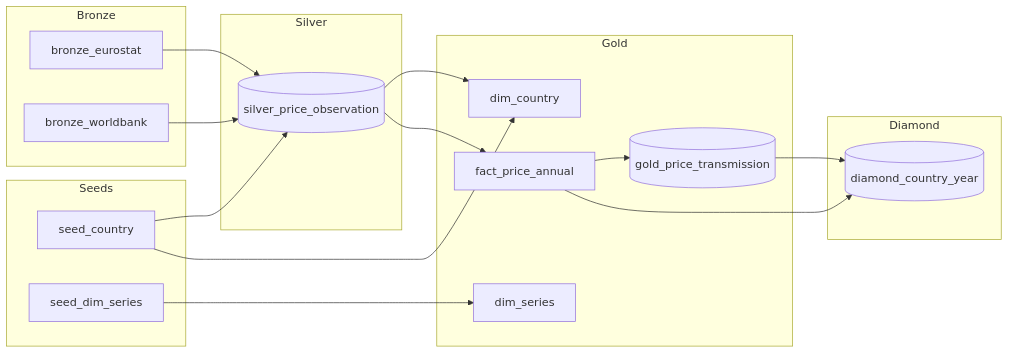
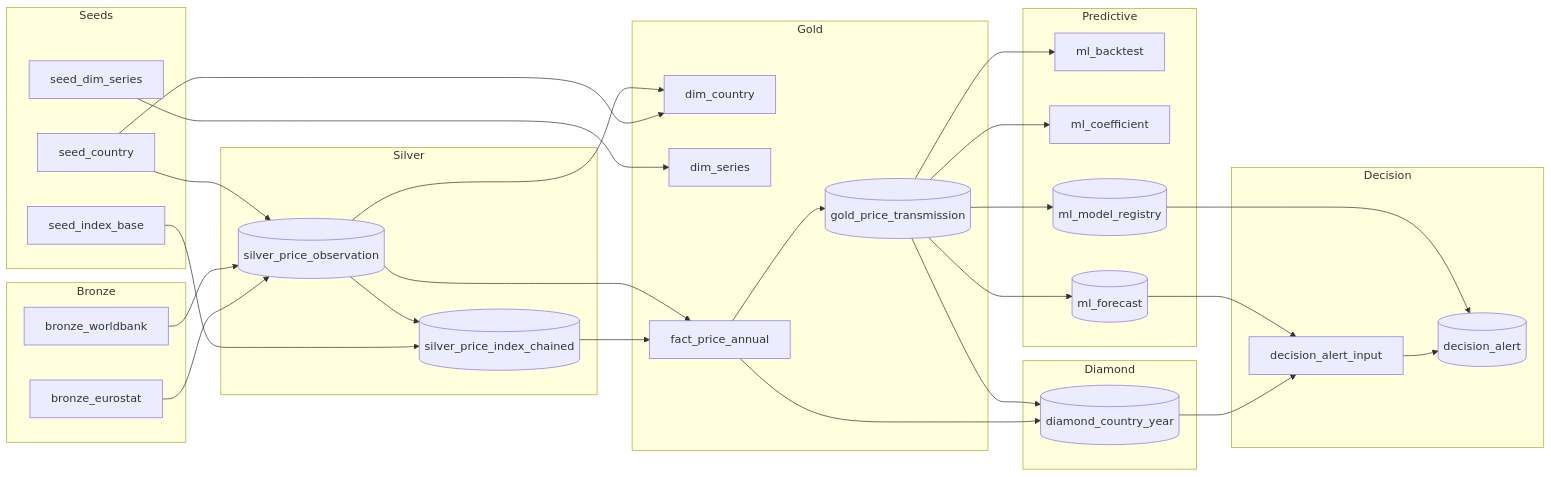
Before and after one commit to alejandrocaldentey/fabric-lakehouse-food-prices: the diagram in docs/governance.md, drawn with Mermaid. The commit also changed other lines of this file and 9 other files, not shown here.

````diff
--- a/docs/governance.md
+++ b/docs/governance.md
@@ -35,33 +38,56 @@
 ```mermaid
 flowchart LR
     subgraph Seeds
         seed_country
         seed_dim_series
+        seed_index_base
     end
     subgraph Bronze
         bronze_eurostat
         bronze_worldbank
     end
     subgraph Silver
+        silver_price_index_chained[(silver_price_index_chained)]
         silver_price_observation[(silver_price_observation)]
     end
     subgraph Gold
         dim_country
         dim_series
         fact_price_annual
         gold_price_transmission[(gold_price_transmission)]
     end
     subgraph Diamond
         diamond_country_year[(diamond_country_year)]
     end
+    subgraph Predictive
+        ml_backtest
+        ml_coefficient
+        ml_forecast[(ml_forecast)]
+        ml_model_registry[(ml_model_registry)]
+    end
+    subgraph Decision
+        decision_alert[(decision_alert)]
+        decision_alert_input
+    end
     bronze_eurostat --> silver_price_observation
     bronze_worldbank --> silver_price_observation
     seed_country --> silver_price_observation
+    seed_index_base --> silver_price_index_chained
+    silver_price_observation --> silver_price_index_chained
     seed_country --> dim_country
     silver_price_observation --> dim_country
     seed_dim_series --> dim_series
+    silver_price_index_chained --> fact_price_annual
     silver_price_observation --> fact_price_annual
     fact_price_annual --> gold_price_transmission
     fact_price_annual --> diamond_country_year
     gold_price_transmission --> diamond_country_year
+    gold_price_transmission --> ml_model_registry
+    gold_price_transmission --> ml_backtest
+    gold_price_transmission --> ml_forecast
+    gold_price_transmission --> ml_coefficient
+    diamond_country_year --> decision_alert_input
+    ml_forecast --> decision_alert_input
+    decision_alert_input --> decision_alert
+    ml_model_registry --> decision_alert
 ```
````
